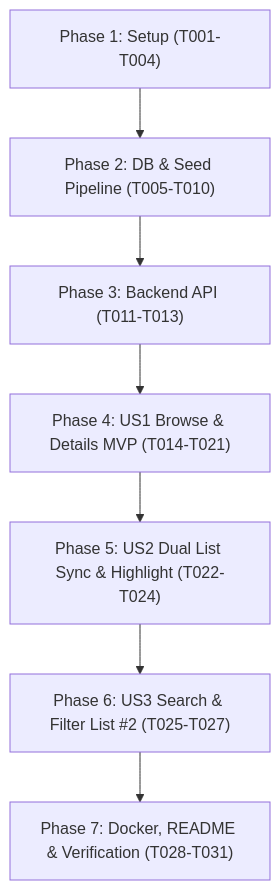
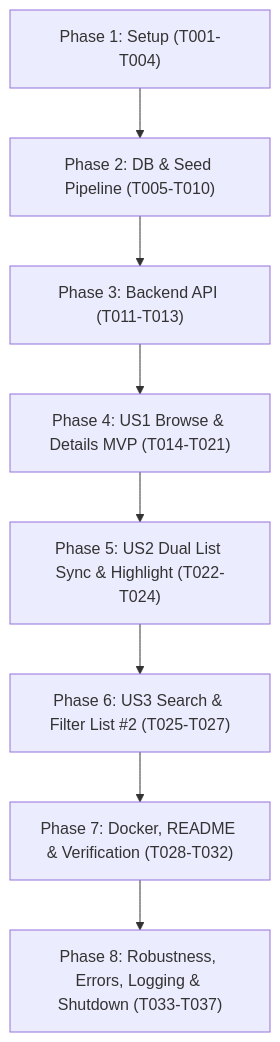
Before and after one commit to blohamen/idt-test-app: the diagram in specs/001-state-population-browser/tasks.md, drawn with Mermaid. The commit also changed other lines of this file and 21 other files, not shown here.

````diff
--- a/specs/001-state-population-browser/tasks.md
+++ b/specs/001-state-population-browser/tasks.md
@@ -116,9 +129,10 @@
 ```mermaid
 flowchart TD
     Setup["Phase 1: Setup (T001-T004)"] --> Foundation["Phase 2: DB & Seed Pipeline (T005-T010)"]
     Foundation --> BackendAPI["Phase 3: Backend API (T011-T013)"]
     BackendAPI --> US1["Phase 4: US1 Browse & Details MVP (T014-T021)"]
     US1 --> US2["Phase 5: US2 Dual List Sync & Highlight (T022-T024)"]
     US2 --> US3["Phase 6: US3 Search & Filter List #2 (T025-T027)"]
-    US3 --> Polish["Phase 7: Docker, README & Verification (T028-T031)"]
+    US3 --> Polish["Phase 7: Docker, README & Verification (T028-T032)"]
+    Polish --> Robustness["Phase 8: Robustness, Errors, Logging & Shutdown (T033-T037)"]
 ```
````
